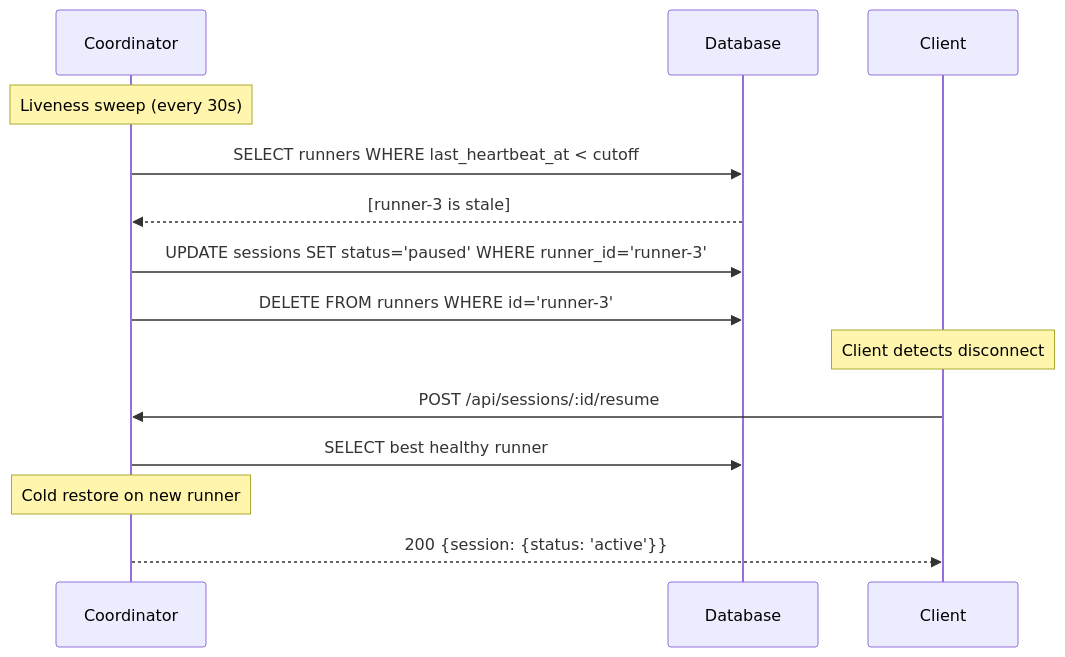
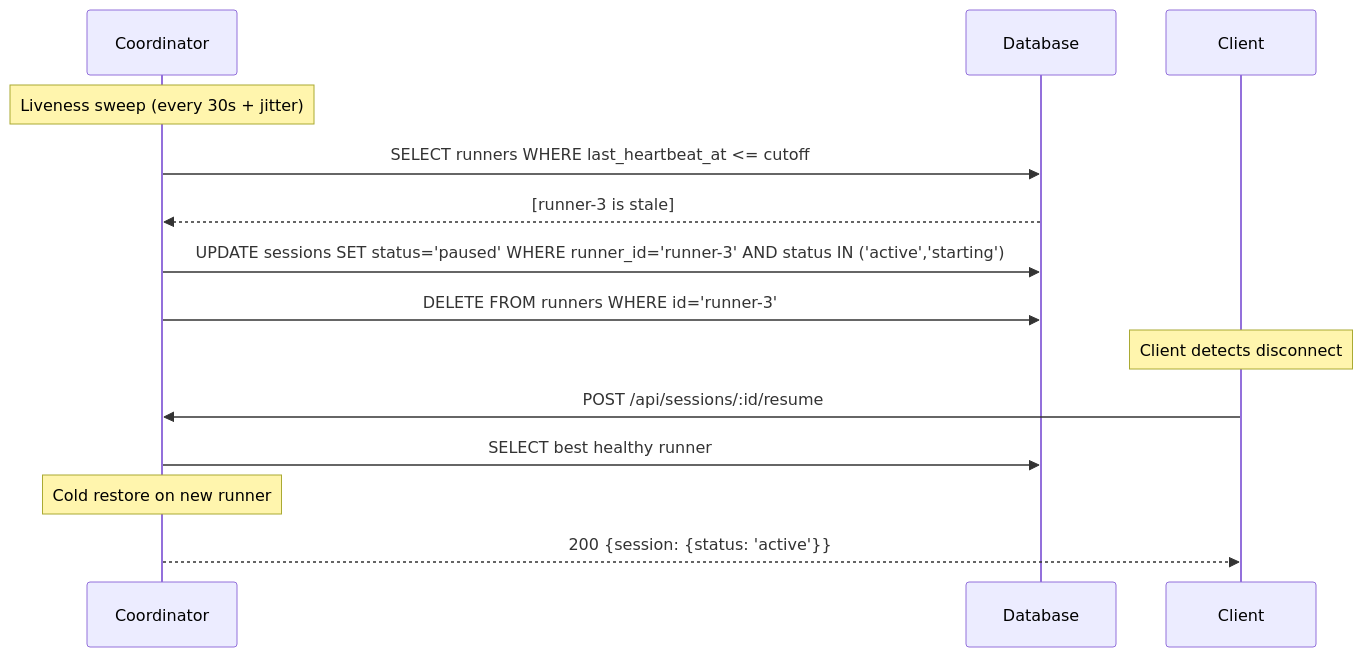
Before and after one commit to ash-ai-org/ash-ai: the eighth of 11 diagrams in website/docs/architecture/scaling.md, drawn with Mermaid. The commit also changed other lines of this file and 64 other files, not shown here.

````diff
--- a/website/docs/architecture/scaling.md
+++ b/website/docs/architecture/scaling.md
@@ -115,17 +133,17 @@
 ```mermaid
 sequenceDiagram
     participant Co as Coordinator
     participant DB as Database
     participant C as Client
 
-    Note over Co: Liveness sweep (every 30s)
-    Co->>DB: SELECT runners WHERE last_heartbeat_at < cutoff
+    Note over Co: Liveness sweep (every 30s + jitter)
+    Co->>DB: SELECT runners WHERE last_heartbeat_at <= cutoff
     DB-->>Co: [runner-3 is stale]
-    Co->>DB: UPDATE sessions SET status='paused' WHERE runner_id='runner-3'
+    Co->>DB: UPDATE sessions SET status='paused' WHERE runner_id='runner-3' AND status IN ('active','starting')
     Co->>DB: DELETE FROM runners WHERE id='runner-3'
     Note over C: Client detects disconnect
     C->>Co: POST /api/sessions/:id/resume
     Co->>DB: SELECT best healthy runner
     Note over Co: Cold restore on new runner
     Co-->>C: 200 {session: {status: 'active'}}
 ```
````
